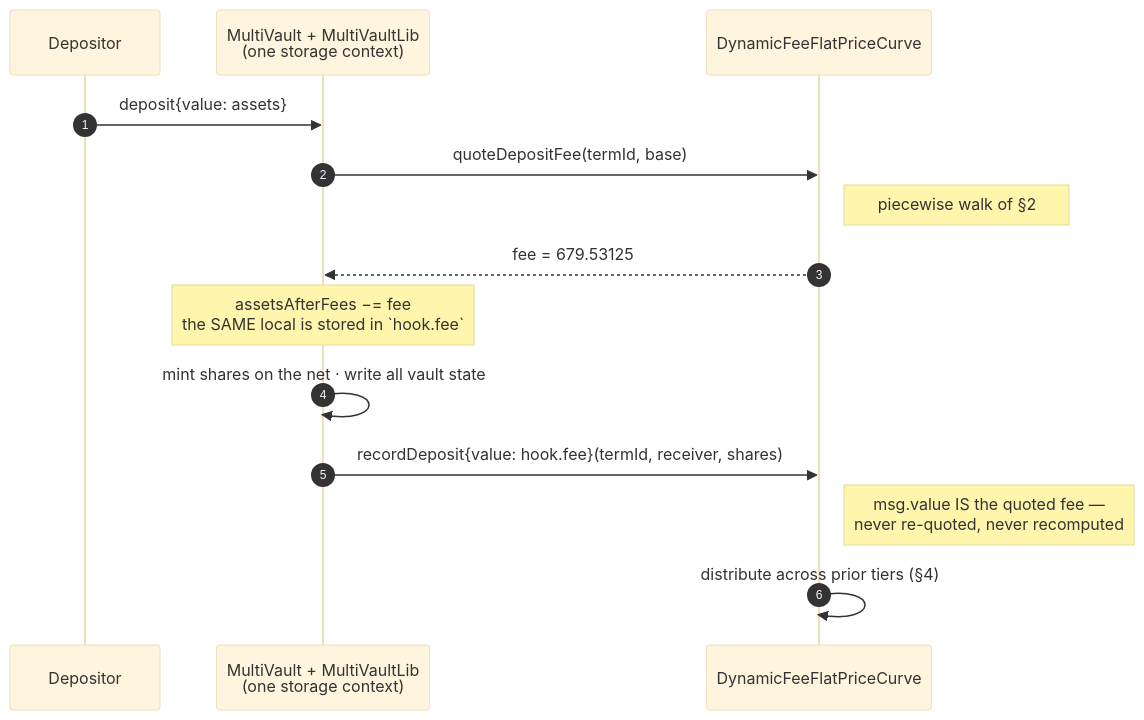
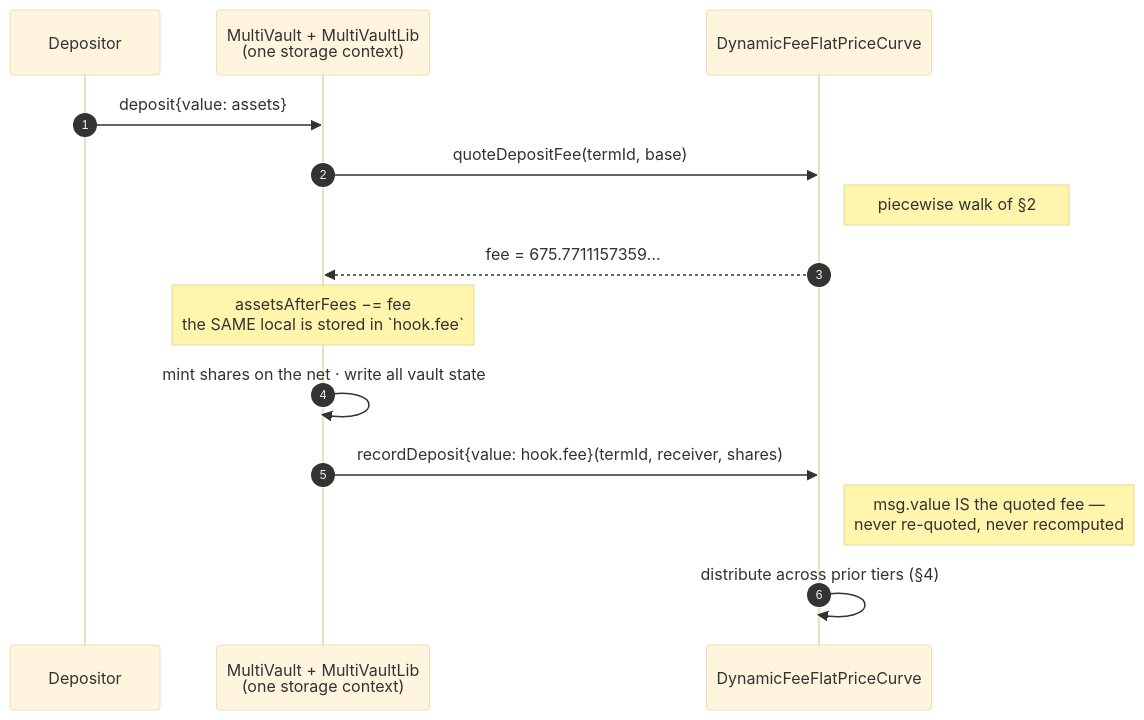
Before and after one commit to 0xIntuition/intuition-contracts-v2: the third of 4 diagrams in docs/call-flows/dynamic-fee-curve.md, drawn with Mermaid (base theme). The commit also changed other lines of this file and 26 other files, not shown here.

````diff
--- a/docs/call-flows/dynamic-fee-curve.md
+++ b/docs/call-flows/dynamic-fee-curve.md
@@ -199,17 +252,17 @@
 ```mermaid
 sequenceDiagram
   autonumber
   participant U as Depositor
   participant MV as MultiVault + MultiVaultLib<br/>(one storage context)
   participant C as DynamicFeeFlatPriceCurve
 
   U->>MV: deposit{value: assets}
   MV->>C: quoteDepositFee(termId, base)
   Note right of C: piecewise walk of §2
-  C-->>MV: fee = 679.53125
+  C-->>MV: fee = 675.7711157359…
   Note over MV: assetsAfterFees −= fee<br/>the SAME local is stored in `hook.fee`
   MV->>MV: mint shares on the net · write all vault state
   MV->>C: recordDeposit{value: hook.fee}(termId, receiver, shares)
   Note right of C: msg.value IS the quoted fee —<br/>never re-quoted, never recomputed
   C->>C: distribute across prior tiers (§4)
 ```
````
